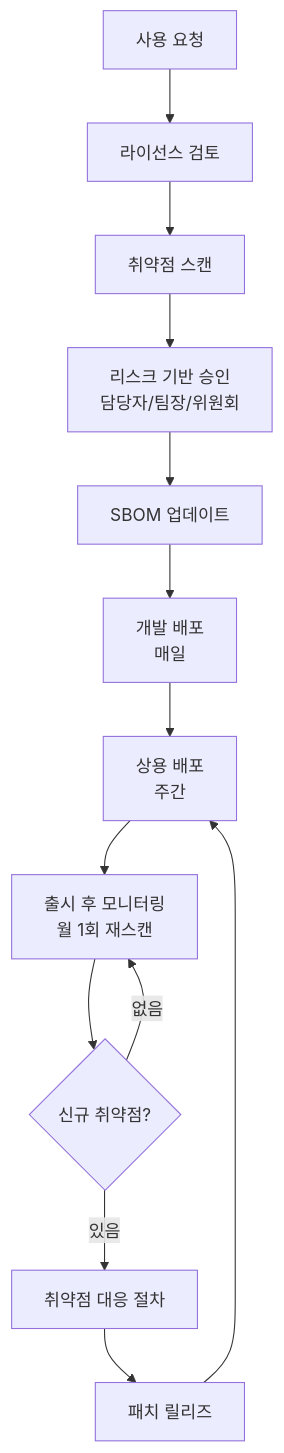
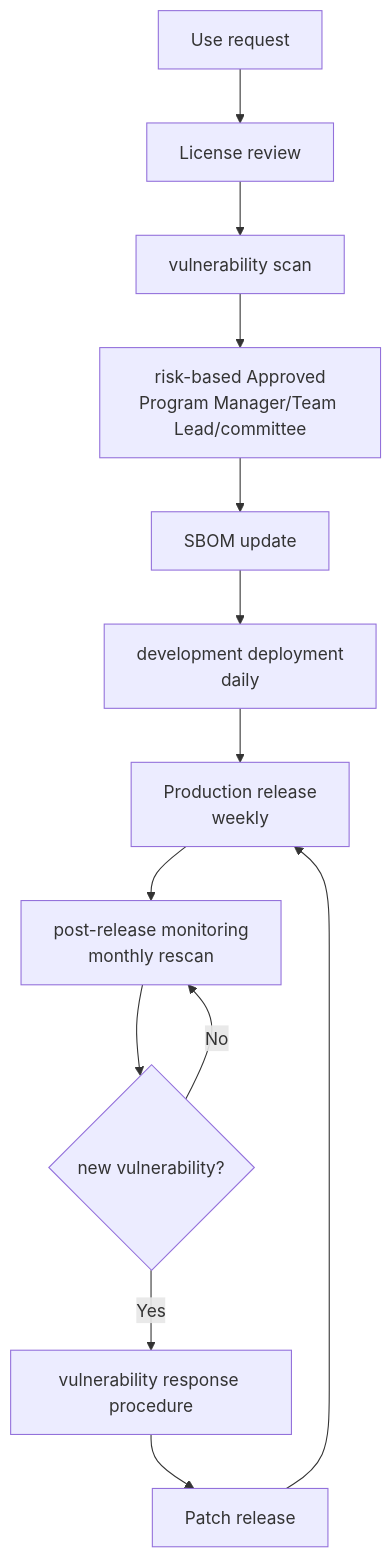
The fourth of 4 diagrams in website/i18n/en/docusaurus-plugin-content-docs-reference/current/samples/process.md (trustedoss/trustedoss.github.io), drawn with Mermaid before and after one commit. The commit also changed other lines of this file and 55 other files, not shown here.

````diff
--- a/website/i18n/en/docusaurus-plugin-content-docs-reference/current/samples/process.md
+++ b/website/i18n/en/docusaurus-plugin-content-docs-reference/current/samples/process.md
@@ -604,15 +604,15 @@
 ```mermaid
 graph TD
-    A[사용 요청] --> B[라이선스 검토]
-    B --> C[취약점 스캔]
-    C --> D[리스크 기반 승인\n담당자/팀장/위원회]
-    D --> E[SBOM 업데이트]
-    E --> F[개발 배포\n매일]
-    F --> G[상용 배포\n주간]
-    G --> H[출시 후 모니터링\n월 1회 재스캔]
-    H --> I{신규 취약점?}
-    I -->|있음| J[취약점 대응 절차]
-    J --> K[패치 릴리즈]
+    A[Use request] --> B[License review]
+    B --> C[vulnerability scan]
+    C --> D[risk-based Approved\nProgram Manager/Team Lead/committee]
+    D --> E[SBOM update]
+    E --> F[development deployment\ndaily]
+    F --> G[Production release\nweekly]
+    G --> H[post-release monitoring\nmonthly rescan]
+    H --> I{new vulnerability?}
+    I -->|Yes| J[vulnerability response procedure]
+    J --> K[Patch release]
     K --> G
-    I -->|없음| H
+    I -->|No| H
 ```
````
